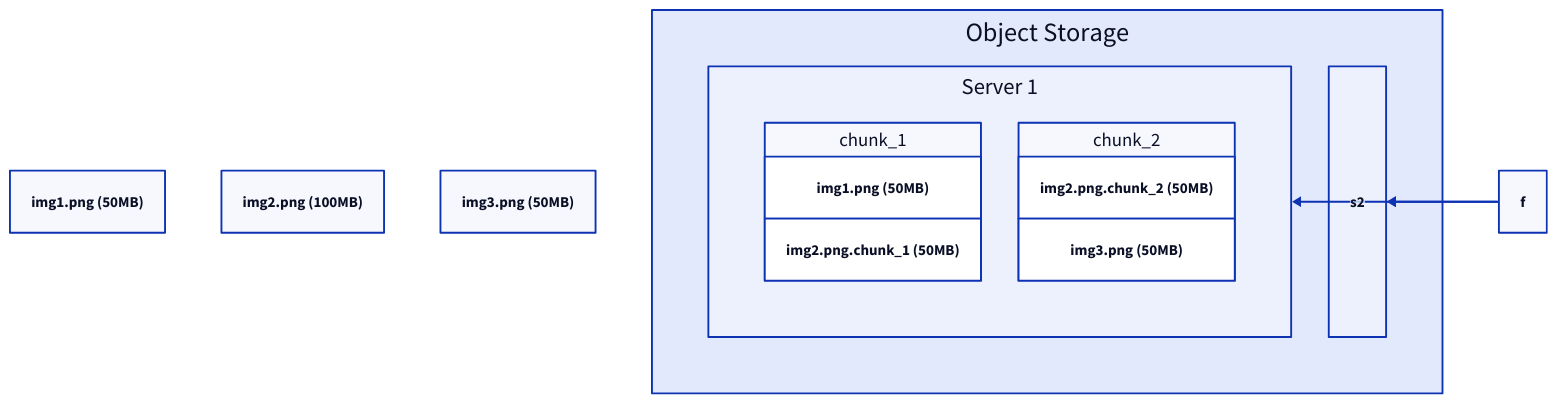
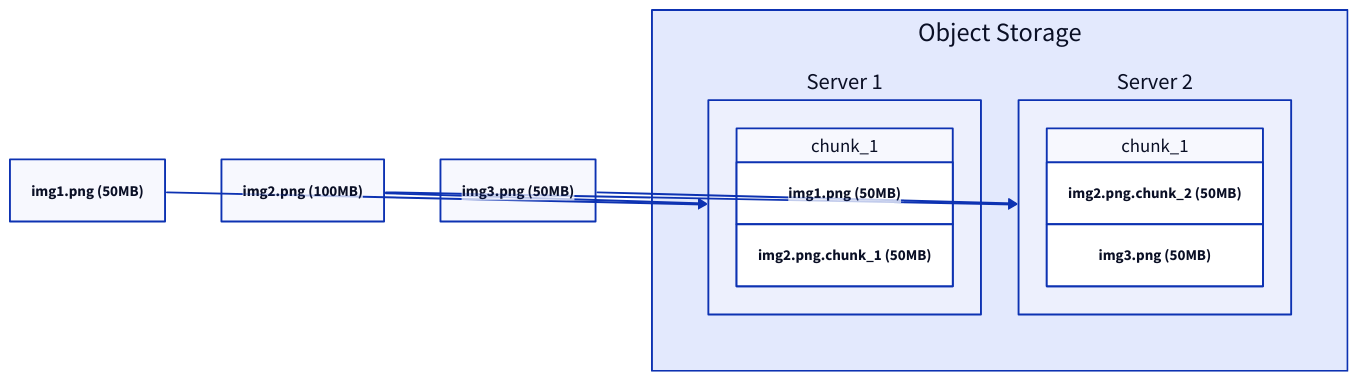
Before and after one commit to link1905/system-design-101: the ninth of 19 diagrams in content/docs/data-persistence/media-storage.md, drawn with D2. The commit also changed other lines of this file and 7 other files, not shown here.

````diff
--- a/content/docs/data-persistence/media-storage.md
+++ b/content/docs/data-persistence/media-storage.md
@@ -290,31 +255,28 @@
 ```d2
-f1: "img1.png (50MB)" {
-  class: file
-}
-f2: "img2.png (100MB)" {
-  class: file
-}
-f3: "img3.png (50MB)" {
-  class: file
-}
+f1: "img1.png (50MB)" { class: file }
+f2: "img2.png (100MB)" { class: file }
+f3: "img3.png (50MB)" { class: file }
 o: Object Storage {
   grid-rows: 1
   s1: Server 1 {
-    grid-columns: 2
     c1: "chunk_1" {
       grid-rows: 2
       grid-gap: 0
       "img1.png (50MB)"
       "img2.png.chunk_1 (50MB)"
     }
-    c2: "chunk_2" {
+  }
+  s2: Server 2 {
+    c1: "chunk_1" {
       grid-rows: 2
       grid-gap: 0
       "img2.png.chunk_2 (50MB)"
       "img3.png (50MB)"
     }
   }
 }
-f -> o.s1
-f -> o.s2
+f1 -> o.s1
+f2 -> o.s1
+f2 -> o.s2
+f3 -> o.s2
 ```
````
